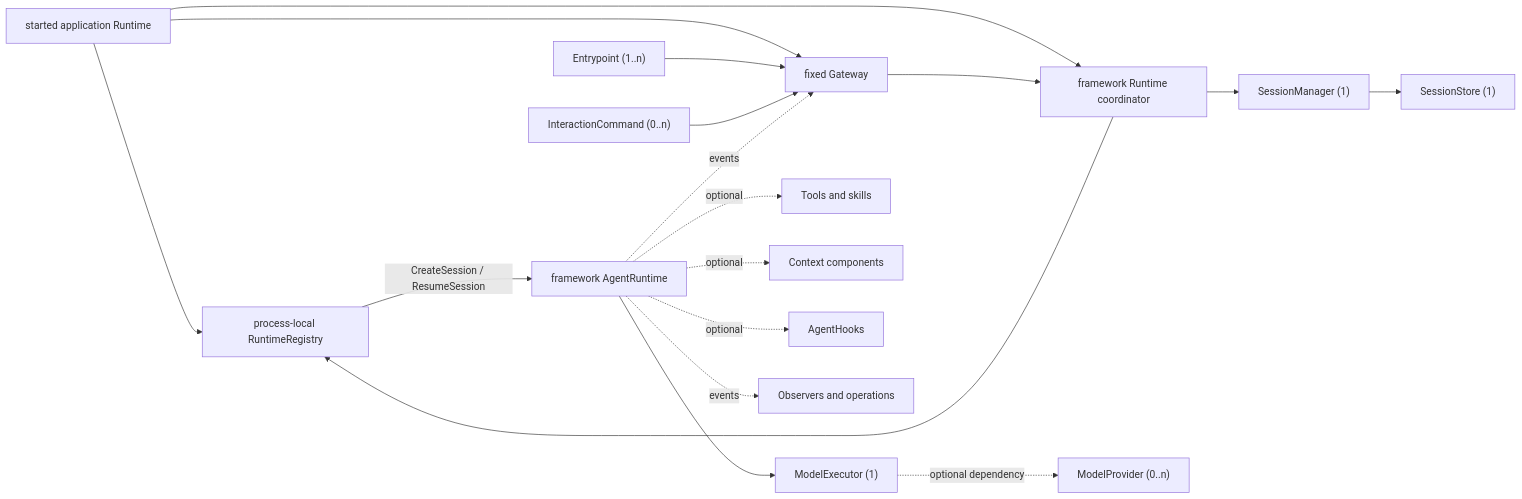
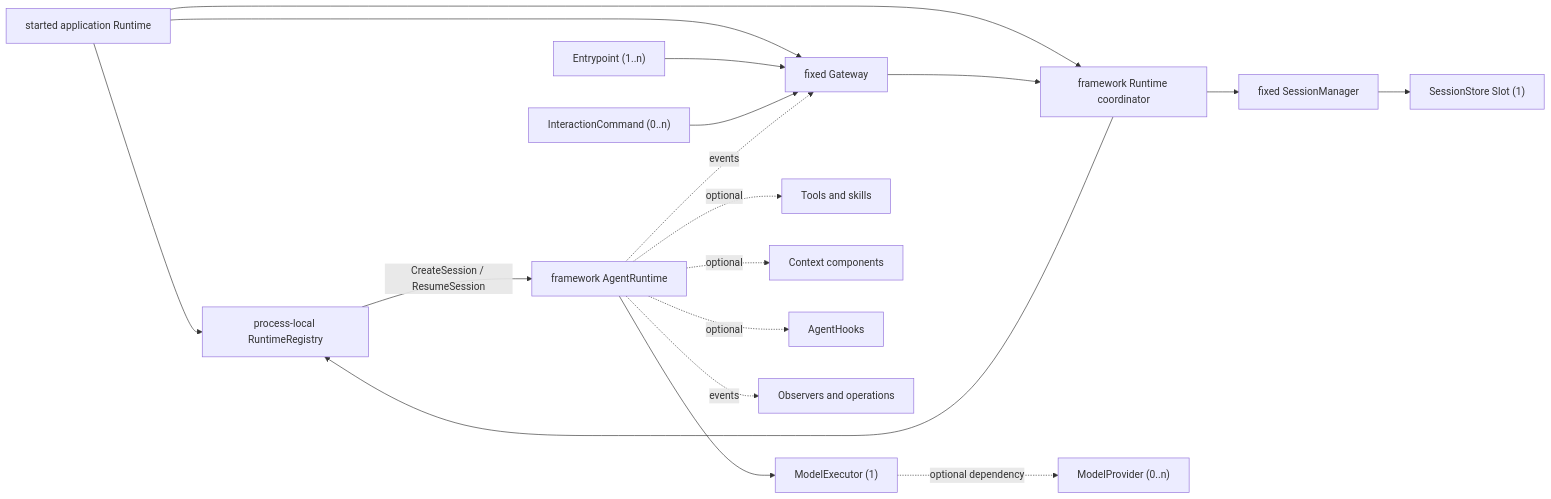
One commit to LyleLiu666/agentSlot changed the diagram in COMPONENT_MAP.md. Above: the diagram before and after it, drawn with Mermaid. The commit also changed other lines of this file and 26 other files, not shown here.

Commit message:
refactor: fix session manager and add historical forks

````diff
--- a/COMPONENT_MAP.md
+++ b/COMPONENT_MAP.md
@@ -102,20 +101,20 @@
 ```mermaid
 flowchart LR
     AR["started application Runtime"] --> REG["process-local RuntimeRegistry"]
     AR --> RC["framework Runtime coordinator"]
     AR --> G["fixed Gateway"]
     RC --> REG
     E["Entrypoint (1..n)"] --> G
     IC["InteractionCommand (0..n)"] --> G
     G --> RC
-    RC --> SM["SessionManager (1)"]
-    SM --> SS["SessionStore (1)"]
+    RC --> SM["fixed SessionManager"]
+    SM --> SS["SessionStore Slot (1)"]
     REG -->|"CreateSession / ResumeSession"| R["framework AgentRuntime"]
     R --> ME["ModelExecutor (1)"]
     ME -. "optional dependency" .-> MP["ModelProvider (0..n)"]
     R -. "optional" .-> T["Tools and skills"]
     R -. "optional" .-> C["Context components"]
     R -. "optional" .-> H["AgentHooks"]
     R -. "events" .-> G
     R -. "events" .-> O["Observers and operations"]
 ```
````
